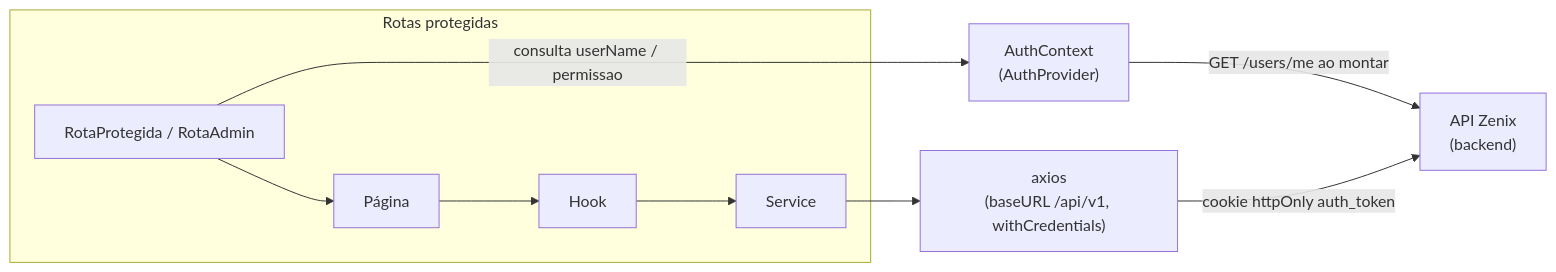
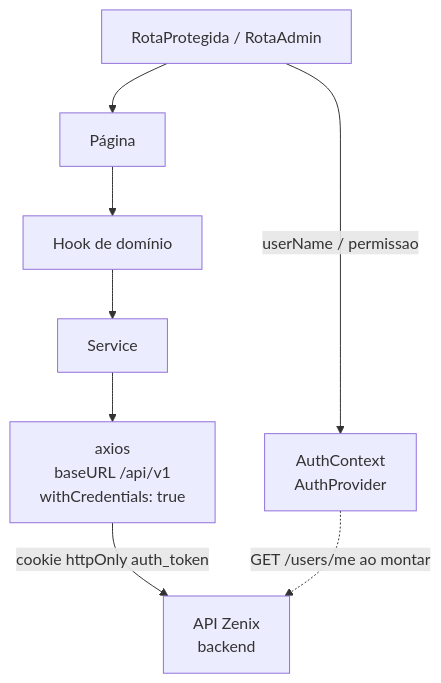
One commit to Thalles-Nascimento/zenix-app changed the diagram in frontend/README.md. Above: the diagram before and after it, drawn with Mermaid. The commit also changed other lines of this file, not shown here.

Commit message:
Atualizar o README.md

````diff
--- a/frontend/README.md
+++ b/frontend/README.md
@@ -19,13 +21,18 @@
 ```mermaid
-flowchart LR
-    subgraph Protegido["Rotas protegidas"]
-        Guard["RotaProtegida / RotaAdmin"] --> Page["Página"]
-        Page --> Hook["Hook"]
-        Hook --> Service["Service"]
-    end
+flowchart TD
+    Guard["RotaProtegida / RotaAdmin"]
+    Auth["AuthContext<br/>AuthProvider"]
+    Page["Página"]
+    Hook["Hook de domínio"]
+    Service["Service"]
+    Axios["axios<br/>baseURL /api/v1<br/>withCredentials: true"]
+    API["API Zenix<br/>backend"]
 
-    Auth["AuthContext\n(AuthProvider)"] -->|"GET /users/me ao montar"| API
-    Guard -->|"consulta userName / permissao"| Auth
-    Service --> Axios["axios\n(baseURL /api/v1, withCredentials)"]
-    Axios -->|"cookie httpOnly auth_token"| API["API Zenix\n(backend)"]
+    Guard -->|"userName / permissao"| Auth
+    Guard --> Page
+    Page --> Hook
+    Hook --> Service
+    Service --> Axios
+    Axios -->|"cookie httpOnly auth_token"| API
+    Auth -.->|"GET /users/me ao montar"| API
 ```
````
